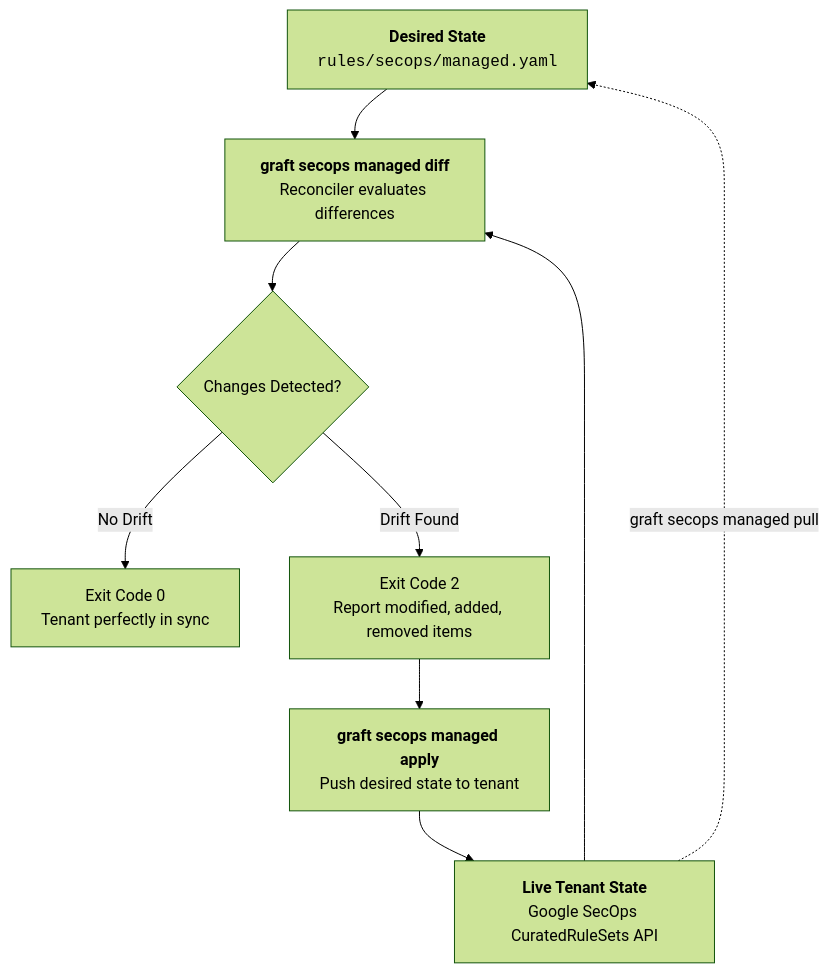
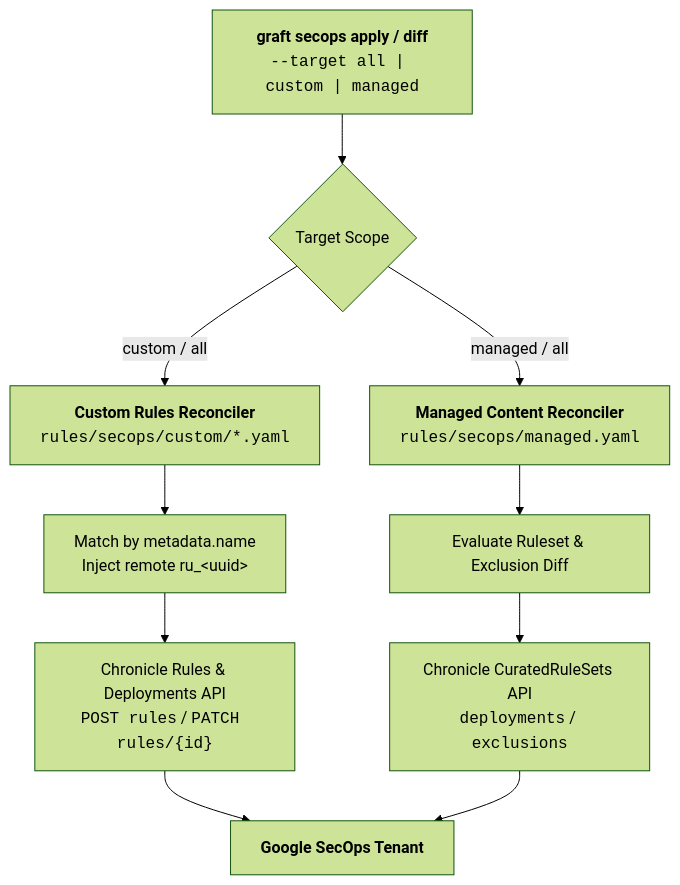
One commit to lopes/graft changed the diagram in docs/gitops_reconciliation.md. Above: the diagram before and after it, drawn with Mermaid (forest theme). The commit also changed other lines of this file, not shown here.

Commit message:
docs: document multi-target gitops reconciliation and custom rule synchronization

````diff
--- a/docs/gitops_reconciliation.md
+++ b/docs/gitops_reconciliation.md
@@ -33,18 +11,19 @@
 ```mermaid
 flowchart TD
-    MANIFEST["<b>Desired State</b><br/><code>rules/secops/managed.yaml</code>"]
-    TENANT["<b>Live Tenant State</b><br/>Google SecOps CuratedRuleSets API"]
+    CLI["<b>graft secops apply / diff</b><br/><code>--target all | custom | managed</code>"]
+    TARGET{"Target Scope"}
 
-    DIFF["<b>graft secops managed diff</b><br/>Reconciler evaluates differences"]
-    MANIFEST --> DIFF
-    TENANT --> DIFF
+    CLI --> TARGET
 
-    DIFF --> EVAL{"Changes Detected?"}
-    EVAL -- "No Drift" --> SYNC["Exit Code 0<br/>Tenant perfectly in sync"]
-    EVAL -- "Drift Found" --> DRIFT["Exit Code 2<br/>Report modified, added, removed items"]
+    TARGET -- "custom / all" --> CUSTOM_FLOW["<b>Custom Rules Reconciler</b><br/><code>rules/secops/custom/*.yaml</code>"]
+    TARGET -- "managed / all" --> MANAGED_FLOW["<b>Managed Content Reconciler</b><br/><code>rules/secops/managed.yaml</code>"]
 
-    DRIFT --> APPLY["<b>graft secops managed apply</b><br/>Push desired state to tenant"]
-    APPLY --> TENANT
+    CUSTOM_FLOW --> MATCH["Match by metadata.name<br/>Inject remote ru_&lt;uuid&gt;"]
+    MATCH --> CUSTOM_API["Chronicle Rules & Deployments API<br/><code>POST rules</code> / <code>PATCH rules/{id}</code>"]
 
-    TENANT -. "graft secops managed pull" .-> MANIFEST
+    MANAGED_FLOW --> MAN_DIFF["Evaluate Ruleset & Exclusion Diff"]
+    MAN_DIFF --> MANAGED_API["Chronicle CuratedRuleSets API<br/><code>deployments</code> / <code>exclusions</code>"]
+
+    CUSTOM_API --> TENANT["<b>Google SecOps Tenant</b>"]
+    MANAGED_API --> TENANT
 ```
````
